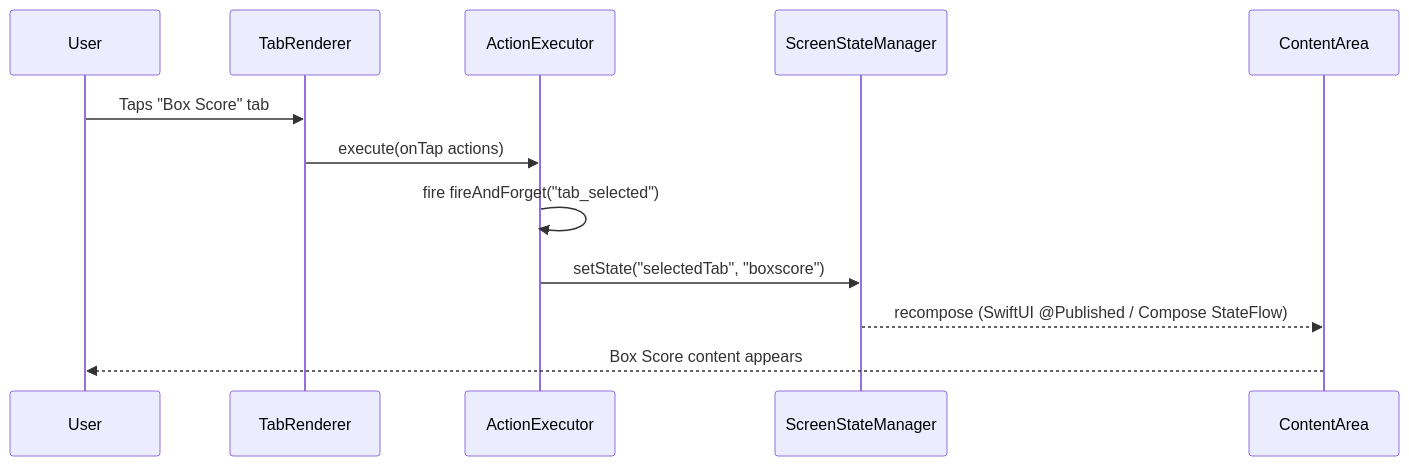
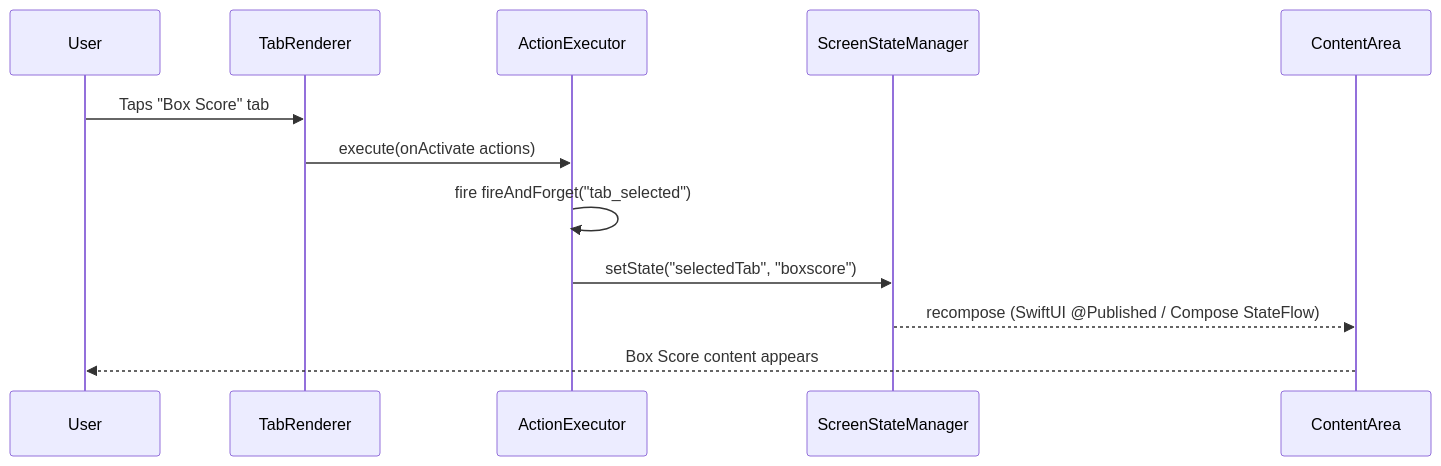
Before and after one commit to bakburner/sdui-learn: the fifth of 11 diagrams in docs/sdui-requirements-summary.md, drawn with Mermaid. The commit also changed other lines of this file and 11 other files, not shown here.

````diff
--- a/docs/sdui-requirements-summary.md
+++ b/docs/sdui-requirements-summary.md
@@ -375,15 +450,15 @@
 ```mermaid
 sequenceDiagram
     participant User
     participant TabRenderer
     participant ActionExecutor
     participant ScreenStateManager
     participant ContentArea
 
     User->>TabRenderer: Taps "Box Score" tab
-    TabRenderer->>ActionExecutor: execute(onTap actions)
+    TabRenderer->>ActionExecutor: execute(onActivate actions)
     ActionExecutor->>ActionExecutor: fire fireAndForget("tab_selected")
     ActionExecutor->>ScreenStateManager: setState("selectedTab", "boxscore")
     ScreenStateManager-->>ContentArea: recompose (SwiftUI @Published / Compose StateFlow)
     ContentArea-->>User: Box Score content appears
 ```
````
